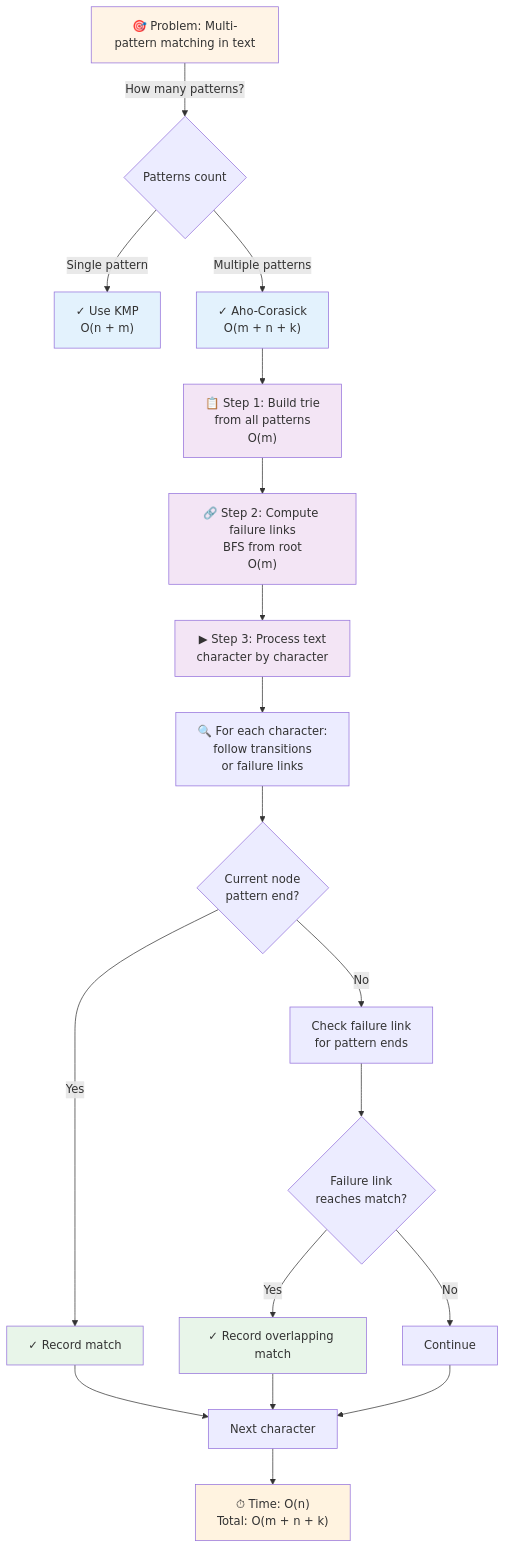
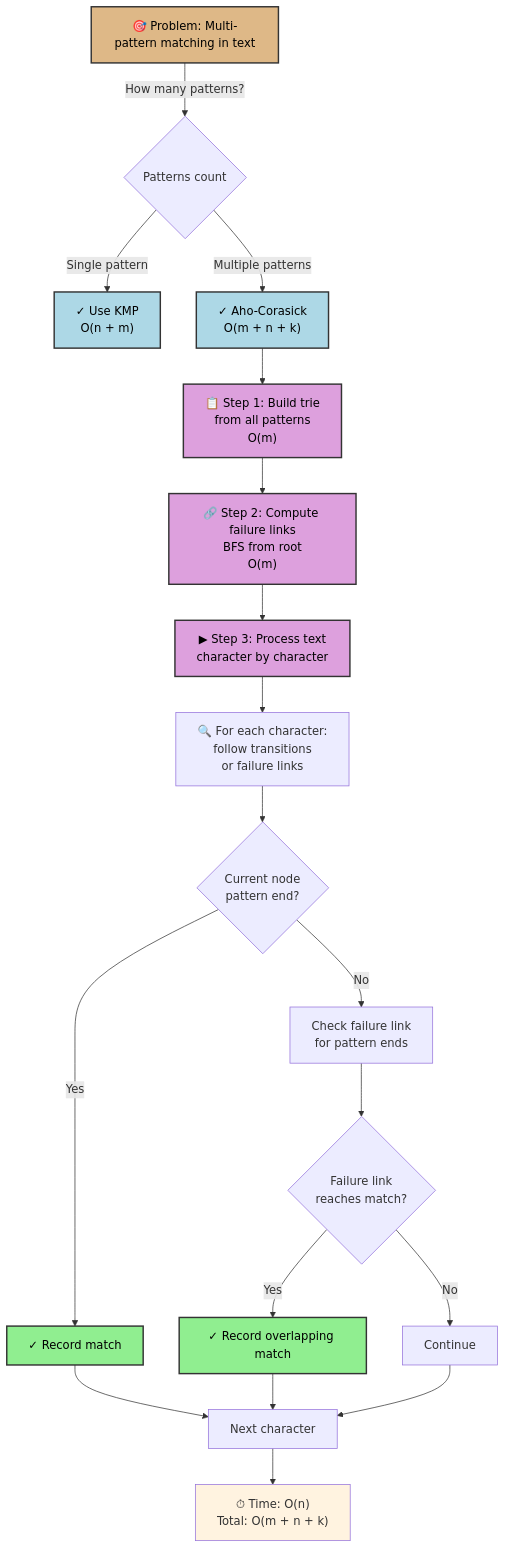
Before and after one commit to souradeepta/interviewprep: the first of 4 diagrams in docs/advanced_ds/ac_automaton.md, drawn with Mermaid. The commit also changed other lines of this file and 31 other files, not shown here.

Commit message:
updated graphs

````diff
--- a/docs/advanced_ds/ac_automaton.md
+++ b/docs/advanced_ds/ac_automaton.md
@@ -86,30 +86,30 @@
 ```mermaid
 flowchart TD
     A["🎯 Problem: Multi-pattern matching in text"] -->|How many patterns?| B{Patterns count}
     B -->|Single pattern| C["✓ Use KMP<br/>O(n + m)"]
     B -->|Multiple patterns| D["✓ Aho-Corasick<br/>O(m + n + k)"]
     D --> E["📋 Step 1: Build trie<br/>from all patterns<br/>O(m)"]
     E --> F["🔗 Step 2: Compute failure links<br/>BFS from root<br/>O(m)"]
     F --> G["▶ Step 3: Process text<br/>character by character"]
     G --> H["🔍 For each character:<br/>follow transitions<br/>or failure links"]
     H --> I{"Current node<br/>pattern end?"}
     I -->|Yes| J["✓ Record match"]
     I -->|No| K["Check failure link<br/>for pattern ends"]
     K --> L{"Failure link<br/>reaches match?"}
     L -->|Yes| M["✓ Record overlapping match"]
     L -->|No| N["Continue"]
     J --> O["Next character"]
     M --> O
     N --> O
     O --> P["⏱ Time: O(n)<br/>Total: O(m + n + k)"]
     
-    style A fill:#fff4e6
-    style C fill:#e3f2fd
-    style D fill:#e3f2fd
-    style E fill:#f3e5f5
-    style F fill:#f3e5f5
-    style G fill:#f3e5f5
-    style J fill:#e8f5e9
-    style M fill:#e8f5e9
+    style A fill:#deb887,color:#000,stroke:#333,stroke-width:2px
+    style C fill:#add8e6,color:#000,stroke:#333,stroke-width:2px
+    style D fill:#add8e6,color:#000,stroke:#333,stroke-width:2px
+    style E fill:#dda0dd,color:#000,stroke:#333,stroke-width:2px
+    style F fill:#dda0dd,color:#000,stroke:#333,stroke-width:2px
+    style G fill:#dda0dd,color:#000,stroke:#333,stroke-width:2px
+    style J fill:#90ee90,color:#000,stroke:#333,stroke-width:2px
+    style M fill:#90ee90,color:#000,stroke:#333,stroke-width:2px
     style P fill:#fff3e0
 ```
````
